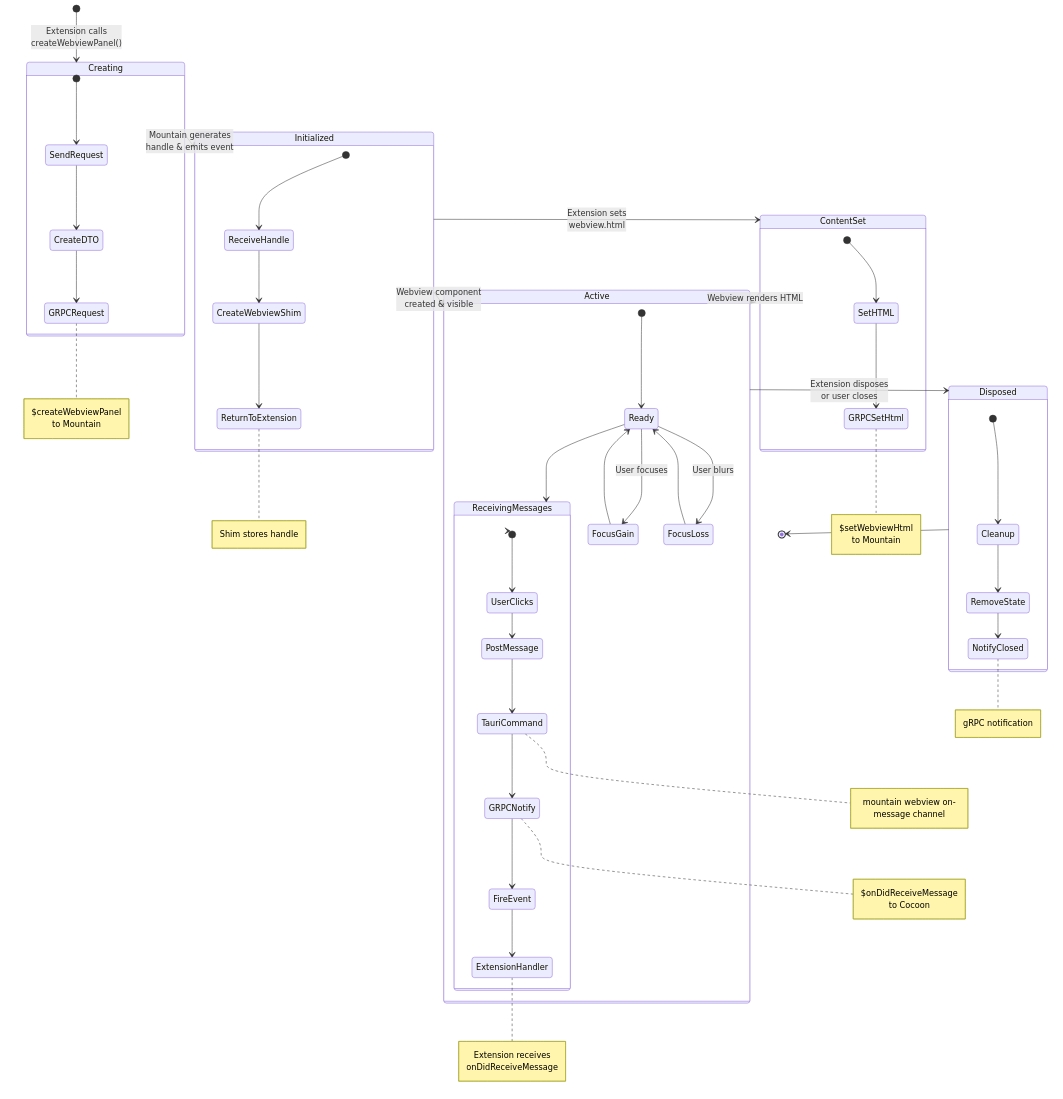
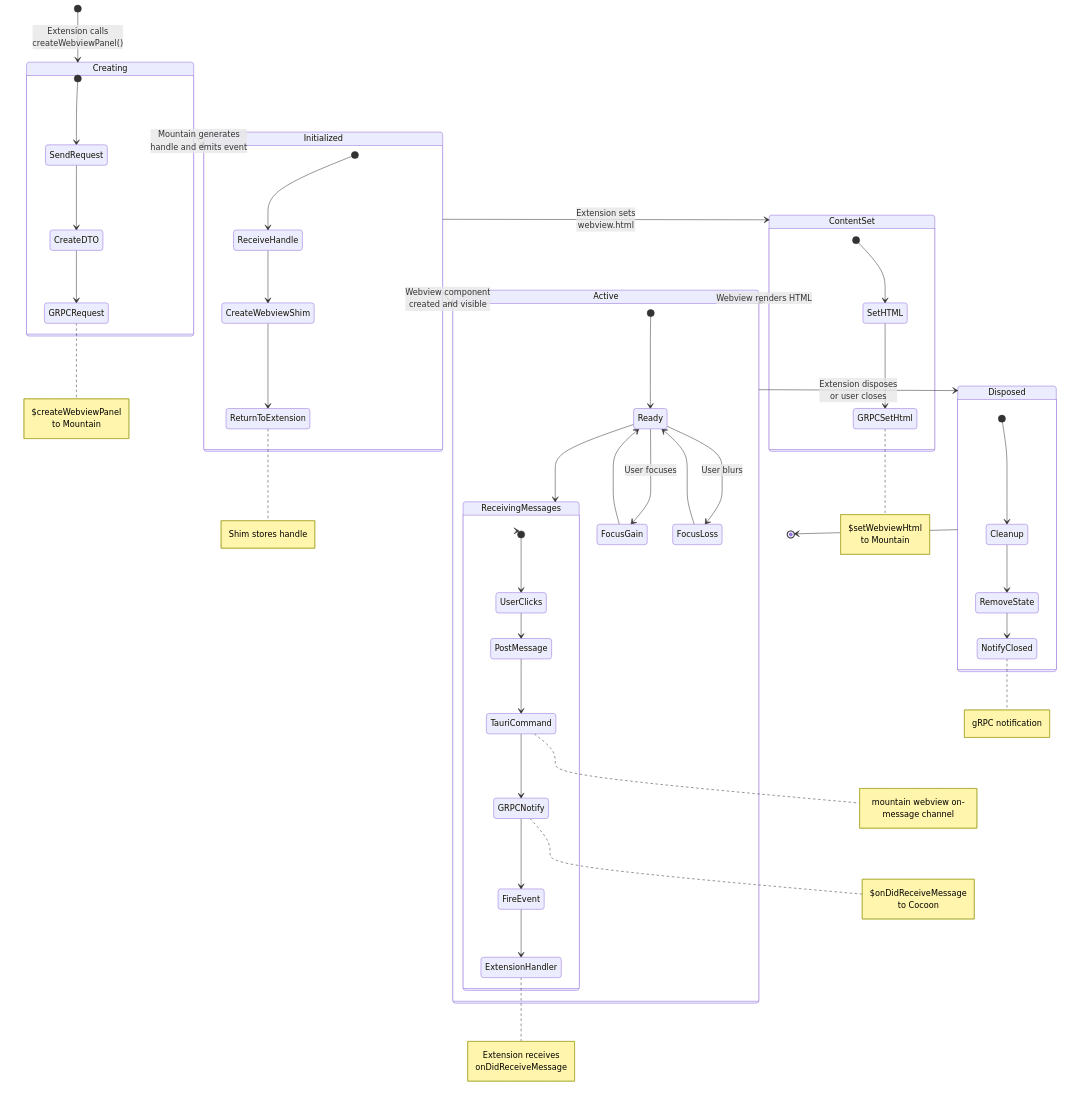
The first of 2 diagrams in Documentation/GitHub/Workflow/CreatingAndInteractingWithAWebviewPanel.md (CodeEditorLand/Land), drawn with Mermaid before and after one commit. The commit also changed other lines of this file and 28 other files, not shown here.

````diff
--- a/Documentation/GitHub/Workflow/CreatingAndInteractingWithAWebviewPanel.md
+++ b/Documentation/GitHub/Workflow/CreatingAndInteractingWithAWebviewPanel.md
@@ -8,65 +26,65 @@
 ```mermaid
 stateDiagram-v2
     [*] --> Creating: Extension calls<br/>createWebviewPanel()
 
     state Creating {
         [*] --> SendRequest
         SendRequest --> CreateDTO
         CreateDTO --> GRPCRequest
         note right of GRPCRequest: $createWebviewPanel<br/>to Mountain
     }
 
-    Creating --> Initialized: Mountain generates<br/>handle & emits event
+    Creating --> Initialized: Mountain generates<br/>handle and emits event
 
     state Initialized {
         [*] --> ReceiveHandle
         ReceiveHandle --> CreateWebviewShim
         CreateWebviewShim --> ReturnToExtension
         note right of ReturnToExtension: Shim stores handle
     }
 
     Initialized --> ContentSet: Extension sets<br/>webview.html
-    Initialized --> Active: Webview component<br/>created & visible
+    Initialized --> Active: Webview component<br/>created and visible
 
     state ContentSet {
         [*] --> SetHTML
         SetHTML --> GRPCSetHtml
         note right of GRPCSetHtml: $setWebviewHtml<br/>to Mountain
     }
 
     ContentSet --> Active: Webview renders HTML
 
     state Active {
         [*] --> Ready
         Ready --> ReceivingMessages
         Ready --> FocusGain: User focuses
         FocusGain --> Ready
         Ready --> FocusLoss: User blurs
         FocusLoss --> Ready
     }
 
     state ReceivingMessages {
         [*] --> UserClicks
         UserClicks --> PostMessage
         PostMessage --> TauriCommand
         note right of TauriCommand: mountain webview on-message channel
         TauriCommand --> GRPCNotify
         note right of GRPCNotify: $onDidReceiveMessage<br/>to Cocoon
         GRPCNotify --> FireEvent
         FireEvent --> ExtensionHandler
         note right of ExtensionHandler: Extension receives<br/>onDidReceiveMessage
     }
 
     ReceivingMessages --> Active
 
     Active --> Disposed: Extension disposes<br/>or user closes
 
     state Disposed {
         [*] --> Cleanup
         Cleanup --> RemoveState
         RemoveState --> NotifyClosed
         note right of NotifyClosed: gRPC notification
     }
 
     Disposed --> [*]
 ```
````
